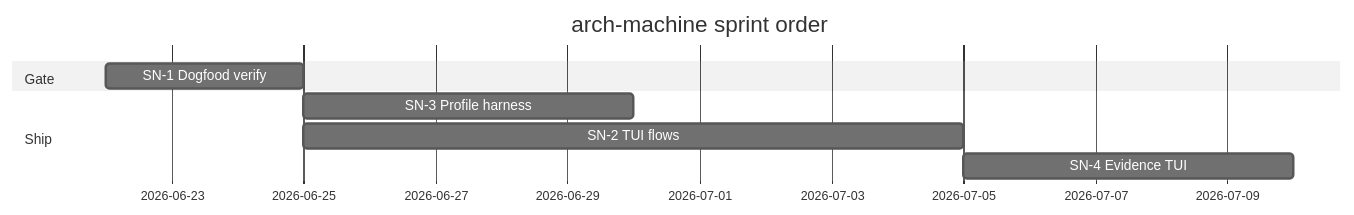
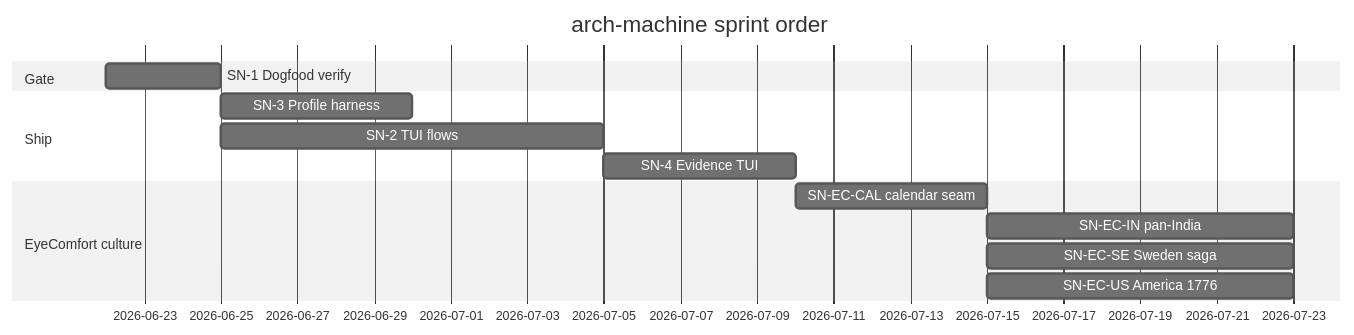
One commit to p10ns11y/arch-machine changed the fifth of 5 diagrams in arch-design/coming-next.md. Above: the diagram before and after it, drawn with Mermaid (neutral theme). The commit also changed other lines of this file and 5 other files, not shown here.

First line of the commit message:
docs(eye-comfort): backlog SE/US/IN cultural calendars and SN cards

````diff
--- a/arch-design/coming-next.md
+++ b/arch-design/coming-next.md
@@ -157,11 +232,16 @@
 ```mermaid
 gantt
   title arch-machine sprint order
   dateFormat YYYY-MM-DD
   section Gate
   SN-1 Dogfood verify     :sn1, 2026-06-22, 3d
   section Ship
   SN-3 Profile harness    :sn3, after sn1, 5d
   SN-2 TUI flows          :sn2, after sn1, 10d
   SN-4 Evidence TUI       :sn4, after sn2, 5d
+  section EyeComfort culture
+  SN-EC-CAL calendar seam :eccal, after sn4, 5d
+  SN-EC-IN pan-India      :ecin, after eccal, 8d
+  SN-EC-SE Sweden saga    :ecse, after eccal, 8d
+  SN-EC-US America 1776   :ecus, after eccal, 8d
 ```
````
